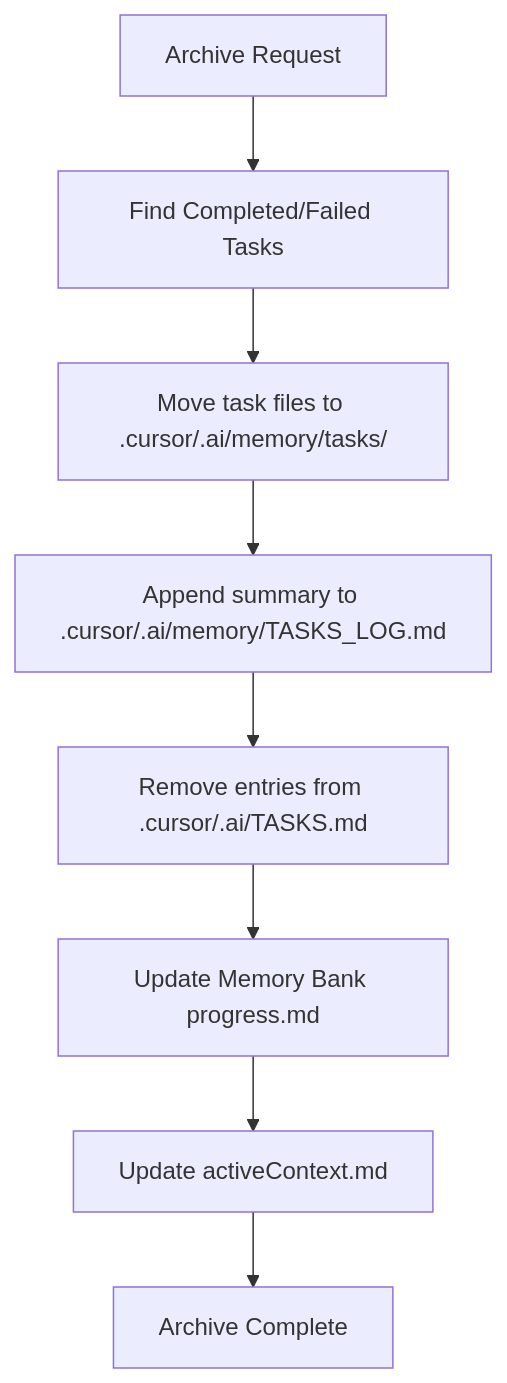
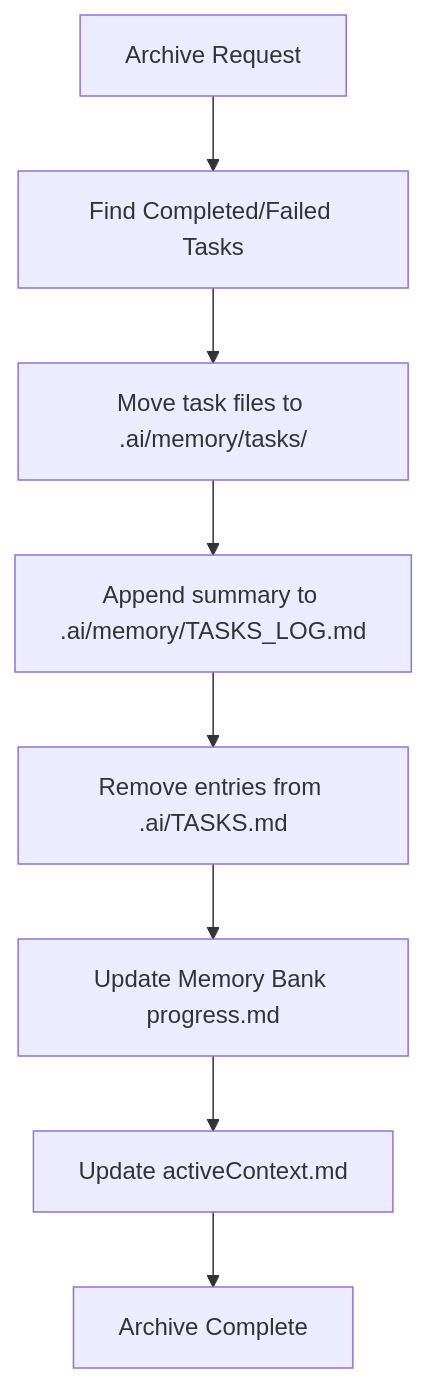
One commit to louisfghbvc/coverity-agent changed the tenth of 18 diagrams in .cursor/rules/unified-workflow.md. Above: the diagram before and after it, drawn with Mermaid. The commit also changed other lines of this file and 5 other files, not shown here.

````diff
--- a/.cursor/rules/unified-workflow.md
+++ b/.cursor/rules/unified-workflow.md
@@ -323,10 +323,10 @@
 ```mermaid
 flowchart TD
     Archive[Archive Request] --> FindCompleted[Find Completed/Failed Tasks]
-    FindCompleted --> MoveFiles[Move task files to .cursor/.ai/memory/tasks/]
-    MoveFiles --> UpdateLog[Append summary to .cursor/.ai/memory/TASKS_LOG.md]
-    UpdateLog --> RemoveEntries[Remove entries from .cursor/.ai/TASKS.md]
+    FindCompleted --> MoveFiles[Move task files to .ai/memory/tasks/]
+    MoveFiles --> UpdateLog[Append summary to .ai/memory/TASKS_LOG.md]
+    UpdateLog --> RemoveEntries[Remove entries from .ai/TASKS.md]
     RemoveEntries --> UpdateMB[Update Memory Bank progress.md]
     UpdateMB --> UpdateActive[Update activeContext.md]
     UpdateActive --> ArchiveComplete[Archive Complete]
 ```
````
